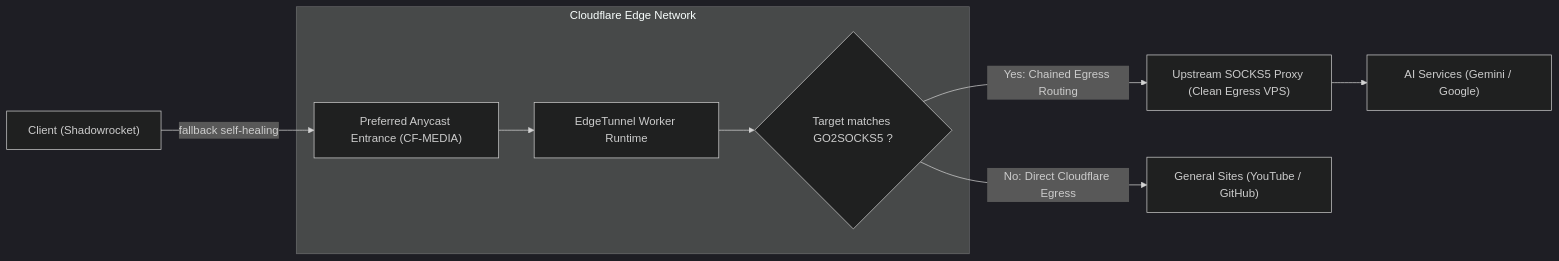
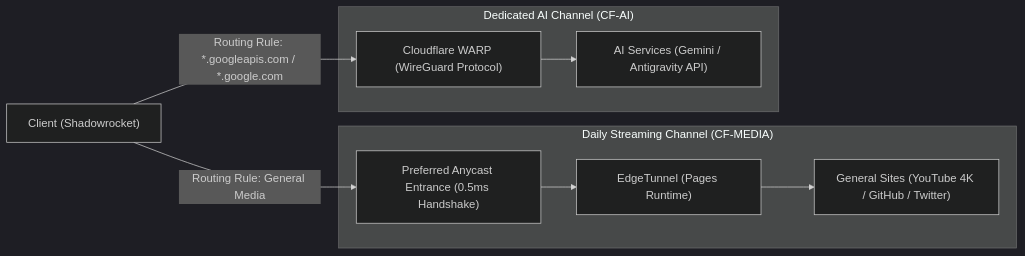
Before and after one commit to RealRayTan/cf-preferred-ips: the diagram in README_en.md, drawn with Mermaid (dark theme). The commit also changed other lines of this file and 1 other file, not shown here.

Commit message:
docs: update README and README_en to reflect dual-star CF-MEDIA and CF-AI state

````diff
--- a/README_en.md
+++ b/README_en.md
@@ -7,17 +7,20 @@
 ```mermaid
 flowchart LR
     client["Client (Shadowrocket)"]
-    subgraph cf["Cloudflare Edge Network"]
-        entry["Preferred Anycast Entrance (CF-MEDIA)"]
-        worker["EdgeTunnel Worker Runtime"]
-        router{"Target matches GO2SOCKS5 ?"}
-        entry --> worker --> router
+    
+    subgraph media["Daily Streaming Channel (CF-MEDIA)"]
+        entry["Preferred Anycast Entrance (0.5ms Handshake)"]
+        worker["EdgeTunnel (Pages Runtime)"]
+        dest_gen["General Sites (YouTube 4K / GitHub / Twitter)"]
+        entry --> worker --> dest_gen
     end
-    socks["Upstream SOCKS5 Proxy (Clean Egress VPS)"]
-    dest_gen["General Sites (YouTube / GitHub)"]
-    dest_ai["AI Services (Gemini / Google)"]
+    
+    subgraph ai["Dedicated AI Channel (CF-AI)"]
+        warp["Cloudflare WARP (WireGuard Protocol)"]
+        dest_ai["AI Services (Gemini / Antigravity API)"]
+        warp --> dest_ai
+    end
 
-    client -->|fallback self-healing| entry
-    router -->|No: Direct Cloudflare Egress| dest_gen
-    router -->|Yes: Chained Egress Routing| socks --> dest_ai
+    client -->|Routing Rule: General Media| entry
+    client -->|Routing Rule: *.googleapis.com / *.google.com| warp
 ```
````
